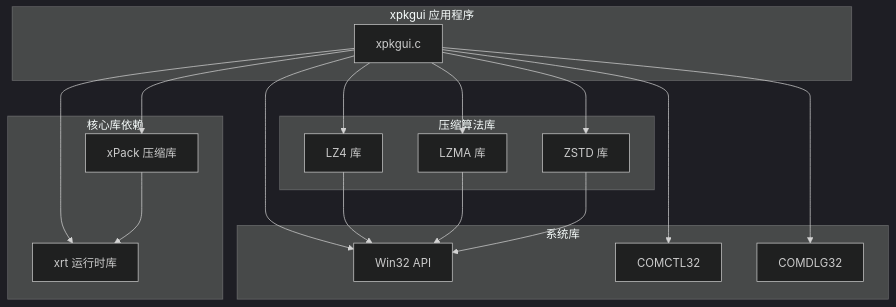
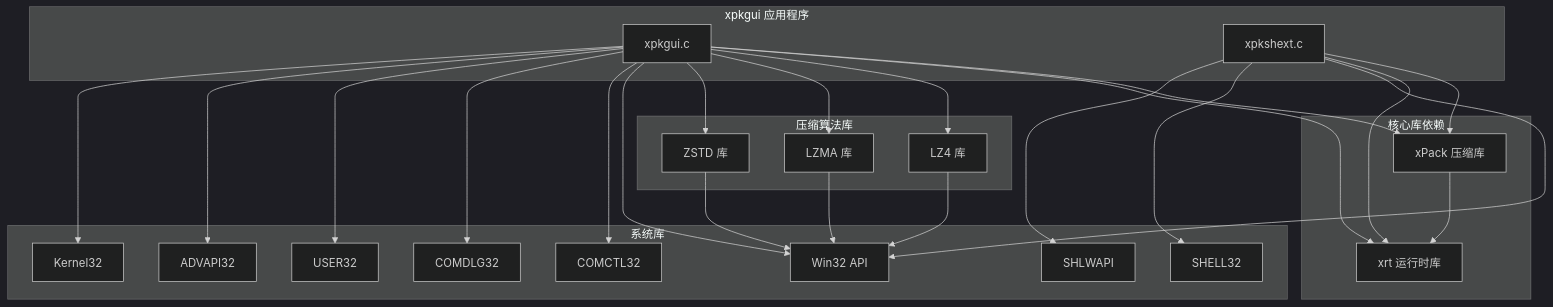
Before and after one commit to xywhsoft/xpack: the tenth of 12 diagrams in .qoder/repowiki/zh/content/开发者指南/xpkgui 图形界面工具.md, drawn with Mermaid (dark theme). The commit also changed other lines of this file and 42 other files, not shown here.

````diff
--- a/.qoder/repowiki/zh/content/开发者指南/xpkgui 图形界面工具.md
+++ b/.qoder/repowiki/zh/content/开发者指南/xpkgui 图形界面工具.md
@@ -269,32 +601,46 @@
 ```mermaid
 graph TB
 subgraph "xpkgui 应用程序"
 A[xpkgui.c]
+B[xpkshext.c]
 end
 subgraph "核心库依赖"
-B[xPack 压缩库]
-C[xrt 运行时库]
+C[xPack 压缩库]
+D[xrt 运行时库]
 end
 subgraph "压缩算法库"
-D[LZ4 库]
-E[LZMA 库]
-F[ZSTD 库]
+E[LZ4 库]
+F[LZMA 库]
+G[ZSTD 库]
 end
 subgraph "系统库"
-G[Win32 API]
-H[COMCTL32]
-I[COMDLG32]
+H[Win32 API]
+I[COMCTL32]
+J[COMDLG32]
+K[SHELL32]
+L[SHLWAPI]
+M[USER32]
+N[ADVAPI32]
+O[Kernel32]
 end
-A --> B
 A --> C
 A --> D
 A --> E
 A --> F
 A --> G
+B --> C
+B --> D
+B --> H
+B --> K
+B --> L
 A --> H
 A --> I
-B --> C
-D --> G
-E --> G
-F --> G
+A --> J
+A --> M
+A --> N
+A --> O
+C --> D
+E --> H
+F --> H
+G --> H
 ```
````
